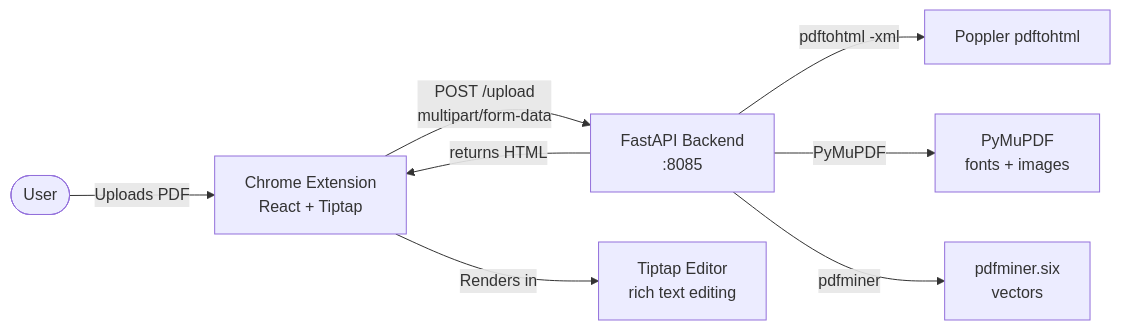
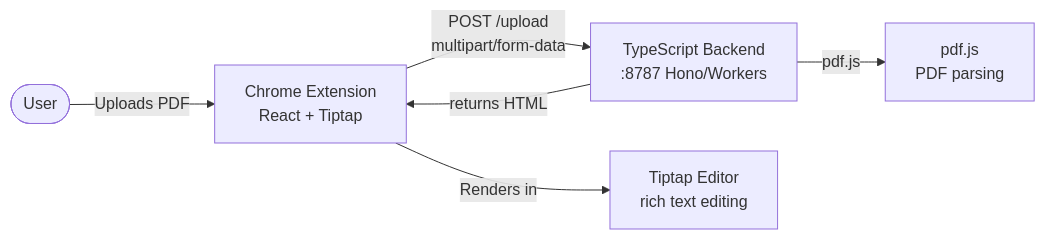
The first of 2 diagrams in ARCHITECTURE.md (siimliimand/pdf-editor), drawn with Mermaid before and after one commit. The commit also changed other lines of this file and 1 other file, not shown here.

Commit message:
archive: typescript-backend-rewrite

````diff
--- a/ARCHITECTURE.md
+++ b/ARCHITECTURE.md
@@ -79,10 +65,8 @@
 ```mermaid
 graph LR
     User([User]) -->|Uploads PDF| Ext[Chrome Extension<br/>React + Tiptap]
-    Ext -->|POST /upload<br/>multipart/form-data| API[FastAPI Backend<br/>:8085]
-    API -->|pdftohtml -xml| PDFTOHTML[Poppler pdftohtml]
-    API -->|PyMuPDF| PYMUPDF[PyMuPDF<br/>fonts + images]
-    API -->|pdfminer| PDFMINER[pdfminer.six<br/>vectors]
+    Ext -->|POST /upload<br/>multipart/form-data| API[TypeScript Backend<br/>:8787 Hono/Workers]
+    API -->|pdf.js| PDFJS[pdf.js<br/>PDF parsing]
     API -->|returns HTML| Ext
     Ext -->|Renders in| Editor[Tiptap Editor<br/>rich text editing]
 ```
````
